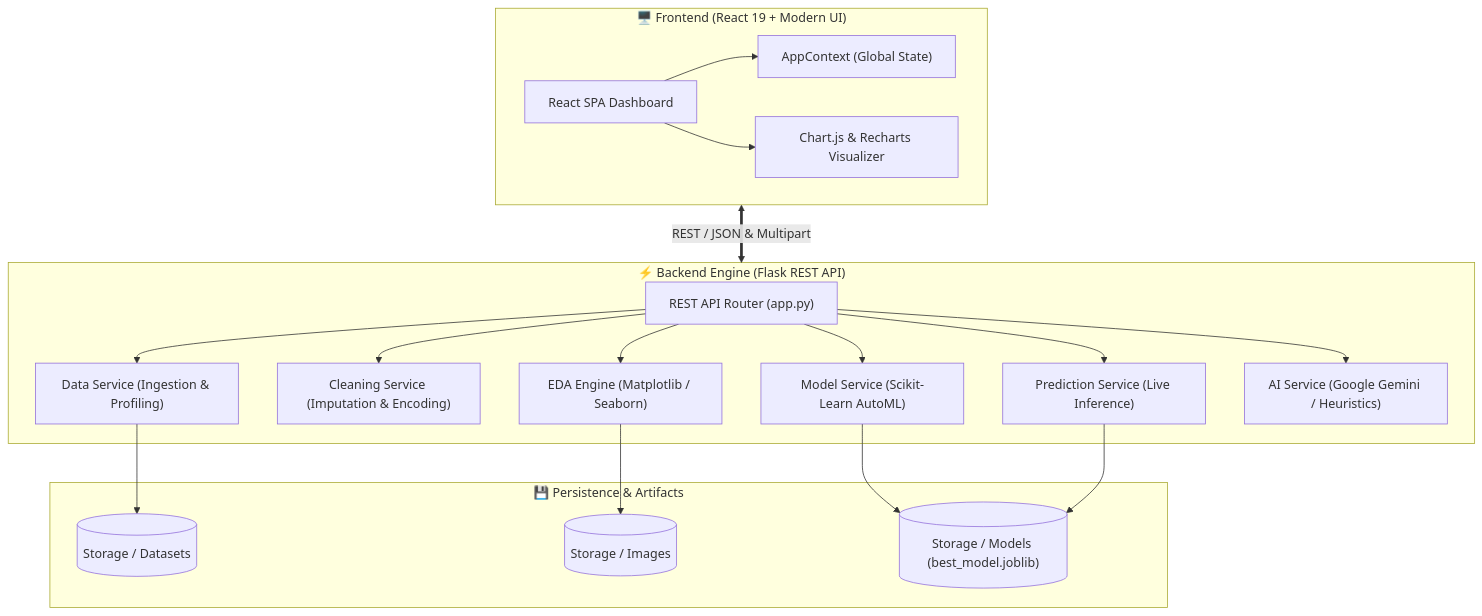
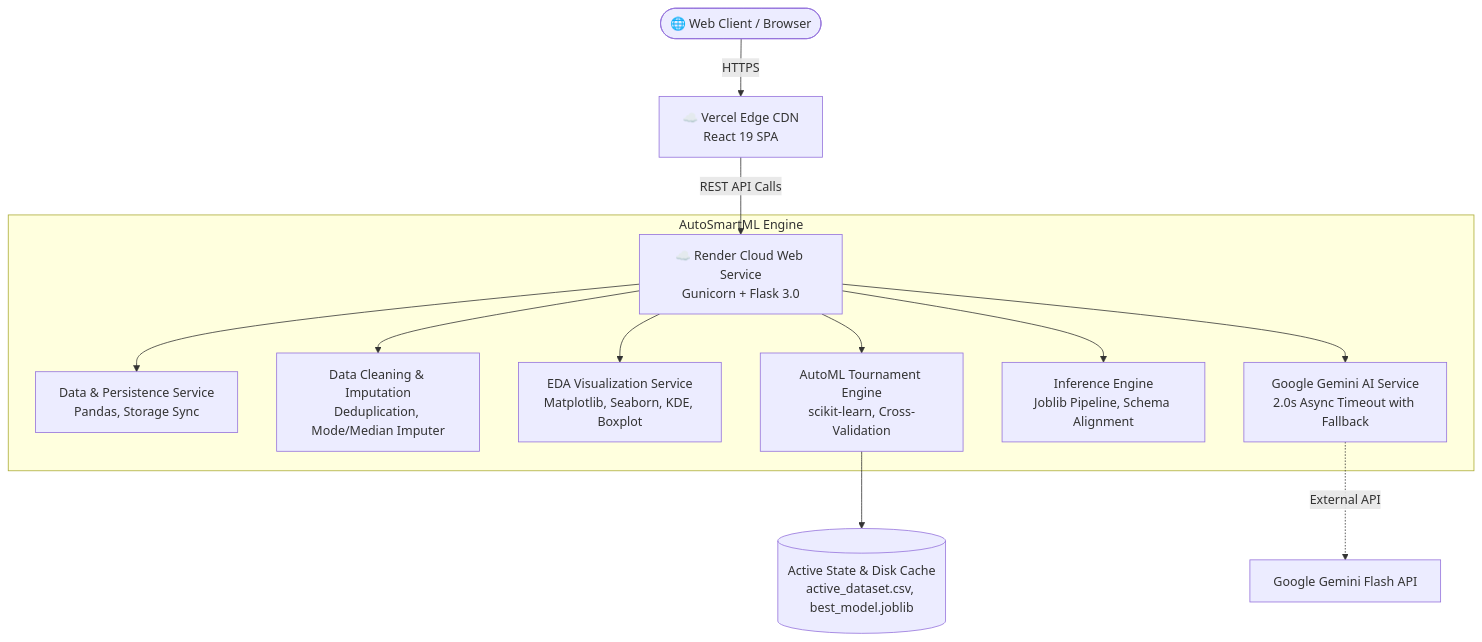
One commit to HARISH19819/AutoSmartML changed the second of 2 diagrams in README.md. Above: the diagram before and after it, drawn with Mermaid. The commit also changed other lines of this file and 9 other files, not shown here.

Commit message:
fix(pipeline): resolve refresh data loss with pipeline-state sync, optimize cloud training speeds, and update README with live URLs

````diff
--- a/README.md
+++ b/README.md
@@ -104,39 +181,17 @@
 ```mermaid
-flowchart TD
-    subgraph Client["🖥️ Frontend (React 19 + Modern UI)"]
-        UI["React SPA Dashboard"]
-        State["AppContext (Global State)"]
-        Charts["Chart.js & Recharts Visualizer"]
-        UI --> State
-        UI --> Charts
+graph TD
+    User([🌐 Web Client / Browser]) -->|HTTPS| Vercel[☁️ Vercel Edge CDN<br/>React 19 SPA]
+    Vercel -->|REST API Calls| Render[☁️ Render Cloud Web Service<br/>Gunicorn + Flask 3.0]
+    
+    subgraph "AutoSmartML Engine"
+        Render --> DataSvc[Data & Persistence Service<br/>Pandas, Storage Sync]
+        Render --> CleanSvc[Data Cleaning & Imputation<br/>Deduplication, Mode/Median Imputer]
+        Render --> EDASvc[EDA Visualization Service<br/>Matplotlib, Seaborn, KDE, Boxplot]
+        Render --> MLService[AutoML Tournament Engine<br/>scikit-learn, Cross-Validation]
+        Render --> PredictSvc[Inference Engine<br/>Joblib Pipeline, Schema Alignment]
+        Render --> AISvc[Google Gemini AI Service<br/>2.0s Async Timeout with Fallback]
     end
 
-    subgraph Server["⚡ Backend Engine (Flask REST API)"]
-        API["REST API Router (app.py)"]
-        DataSvc["Data Service (Ingestion & Profiling)"]
-        CleanSvc["Cleaning Service (Imputation & Encoding)"]
-        EDASvc["EDA Engine (Matplotlib / Seaborn)"]
-        ModelSvc["Model Service (Scikit-Learn AutoML)"]
-        PredSvc["Prediction Service (Live Inference)"]
-        AISvc["AI Service (Google Gemini / Heuristics)"]
-
-        API --> DataSvc
-        API --> CleanSvc
-        API --> EDASvc
-        API --> ModelSvc
-        API --> PredSvc
-        API --> AISvc
-    end
-
-    subgraph Storage["💾 Persistence & Artifacts"]
-        Datasets[("Storage / Datasets")]
-        Plots[("Storage / Images")]
-        Models[("Storage / Models (best_model.joblib)")]
-    end
-
-    Client <==>|"REST / JSON & Multipart"| Server
-    DataSvc --> Datasets
-    EDASvc --> Plots
-    ModelSvc --> Models
-    PredSvc --> Models
+    AISvc -.->|External API| GeminiAPI[Google Gemini Flash API]
+    MLService --> Storage[(Active State & Disk Cache<br/>active_dataset.csv, best_model.joblib)]
 ```
````
